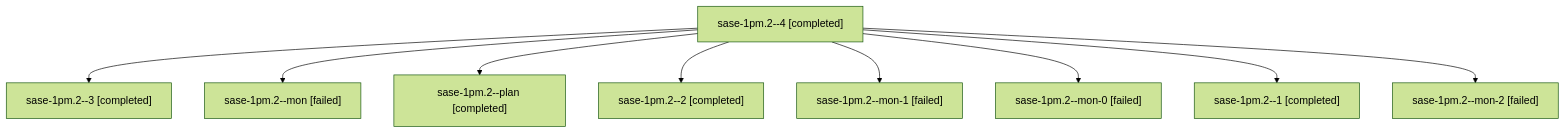
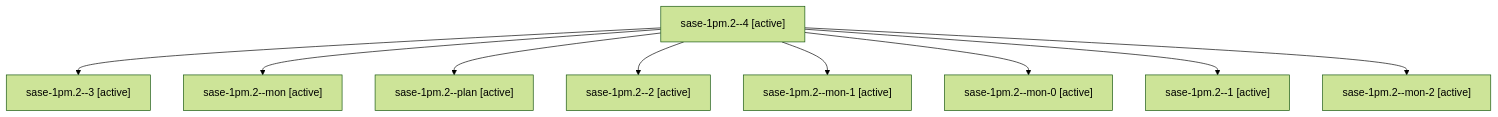
One commit to sase-org/sase--agents changed the diagram in sessions/bbugyi200.athena.sase-1pm.2.md. Above: the diagram before and after it, drawn with Mermaid (forest theme). The commit also changed other lines of this file and 115 other files, not shown here.

````diff
--- a/sessions/bbugyi200.athena.sase-1pm.2.md
+++ b/sessions/bbugyi200.athena.sase-1pm.2.md
@@ -9,20 +9,20 @@
 ```mermaid
 flowchart TD
-  n0["sase-1pm.2--4 [completed]"]
-  n1["sase-1pm.2--3 [completed]"]
+  n0["sase-1pm.2--4 [active]"]
+  n1["sase-1pm.2--3 [active]"]
   n0 --> n1
-  n2["sase-1pm.2--mon [failed]"]
+  n2["sase-1pm.2--mon [active]"]
   n0 --> n2
-  n3["sase-1pm.2--plan [completed]"]
+  n3["sase-1pm.2--plan [active]"]
   n0 --> n3
-  n4["sase-1pm.2--2 [completed]"]
+  n4["sase-1pm.2--2 [active]"]
   n0 --> n4
-  n5["sase-1pm.2--mon-1 [failed]"]
+  n5["sase-1pm.2--mon-1 [active]"]
   n0 --> n5
-  n6["sase-1pm.2--mon-0 [failed]"]
+  n6["sase-1pm.2--mon-0 [active]"]
   n0 --> n6
-  n7["sase-1pm.2--1 [completed]"]
+  n7["sase-1pm.2--1 [active]"]
   n0 --> n7
-  n8["sase-1pm.2--mon-2 [failed]"]
+  n8["sase-1pm.2--mon-2 [active]"]
   n0 --> n8
 ```
````
